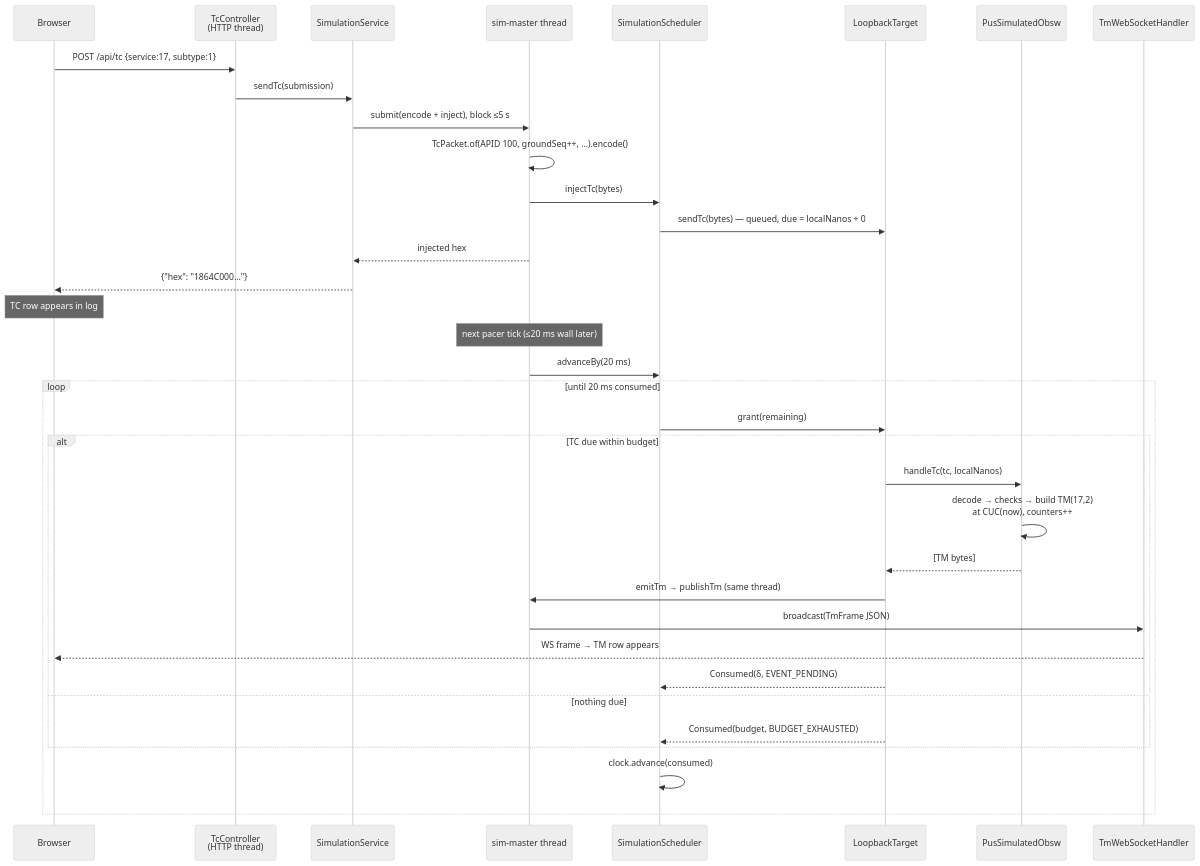
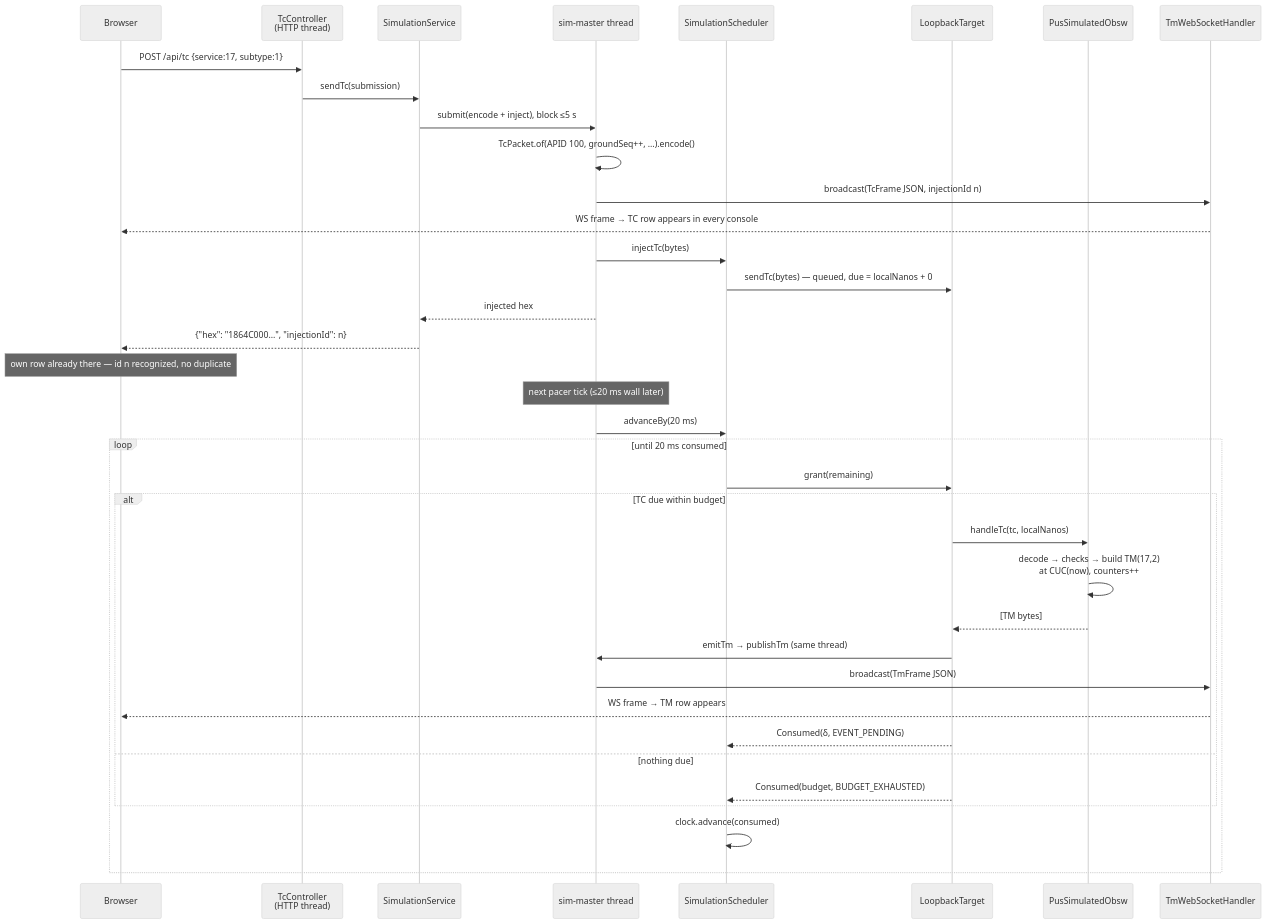
The sixth of 7 diagrams in docs/sdd.md (cmoellmann/satsim), drawn with Mermaid (neutral theme) before and after one commit. The commit also changed other lines of this file and 10 other files, not shown here.

````diff
--- a/docs/sdd.md
+++ b/docs/sdd.md
@@ -532,39 +538,41 @@
 ```mermaid
 sequenceDiagram
   participant B as Browser
   participant C as TcController<br/>(HTTP thread)
   participant S as SimulationService
   participant M as sim-master thread
   participant SCH as SimulationScheduler
   participant T as LoopbackTarget
   participant A as PusSimulatedObsw
   participant W as TmWebSocketHandler
 
   B->>C: POST /api/tc {service:17, subtype:1}
   C->>S: sendTc(submission)
   S->>M: submit(encode + inject), block ≤5 s
   M->>M: TcPacket.of(APID 100, groundSeq++, …).encode()
+  M->>W: broadcast(TcFrame JSON, injectionId n)
+  W-->>B: WS frame → TC row appears in every console
   M->>SCH: injectTc(bytes)
   SCH->>T: sendTc(bytes) — queued, due = localNanos + 0
   M-->>S: injected hex
-  S-->>B: {"hex": "1864C000…"}
-  Note over B: TC row appears in log
+  S-->>B: {"hex": "1864C000…", "injectionId": n}
+  Note over B: own row already there — id n recognized, no duplicate
 
   Note over M: next pacer tick (≤20 ms wall later)
   M->>SCH: advanceBy(20 ms)
   loop until 20 ms consumed
     SCH->>T: grant(remaining)
     alt TC due within budget
       T->>A: handleTc(tc, localNanos)
       A->>A: decode → checks → build TM(17,2)<br/>at CUC(now), counters++
       A-->>T: [TM bytes]
       T->>M: emitTm → publishTm (same thread)
       M->>W: broadcast(TmFrame JSON)
       W-->>B: WS frame → TM row appears
       T-->>SCH: Consumed(δ, EVENT_PENDING)
     else nothing due
       T-->>SCH: Consumed(budget, BUDGET_EXHAUSTED)
     end
     SCH->>SCH: clock.advance(consumed)
   end
 ```
````
